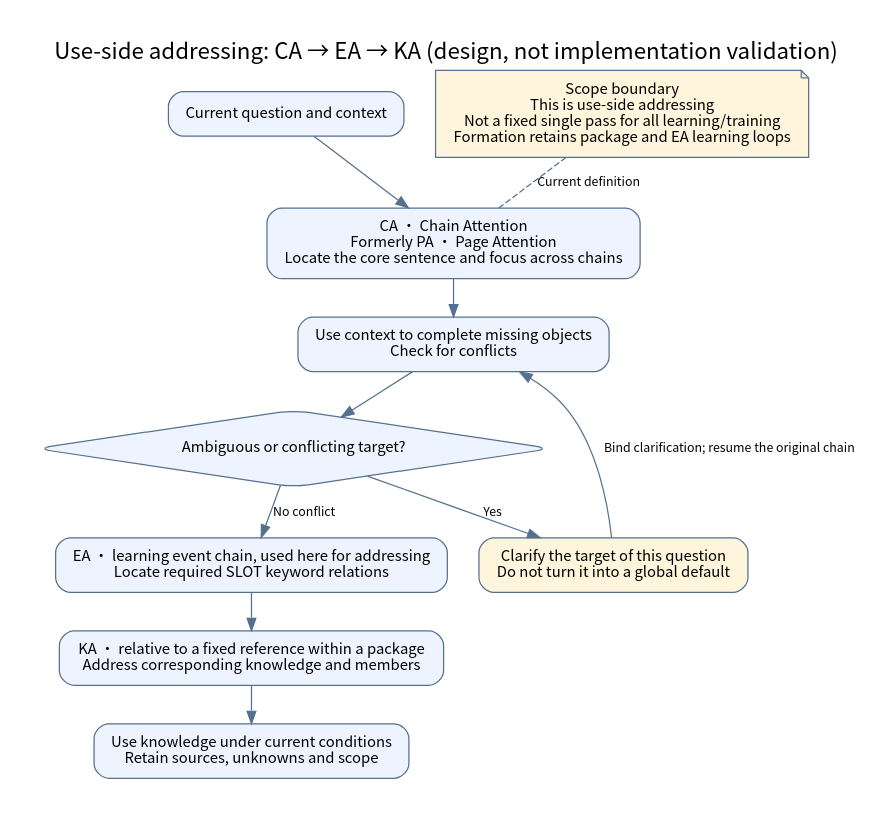
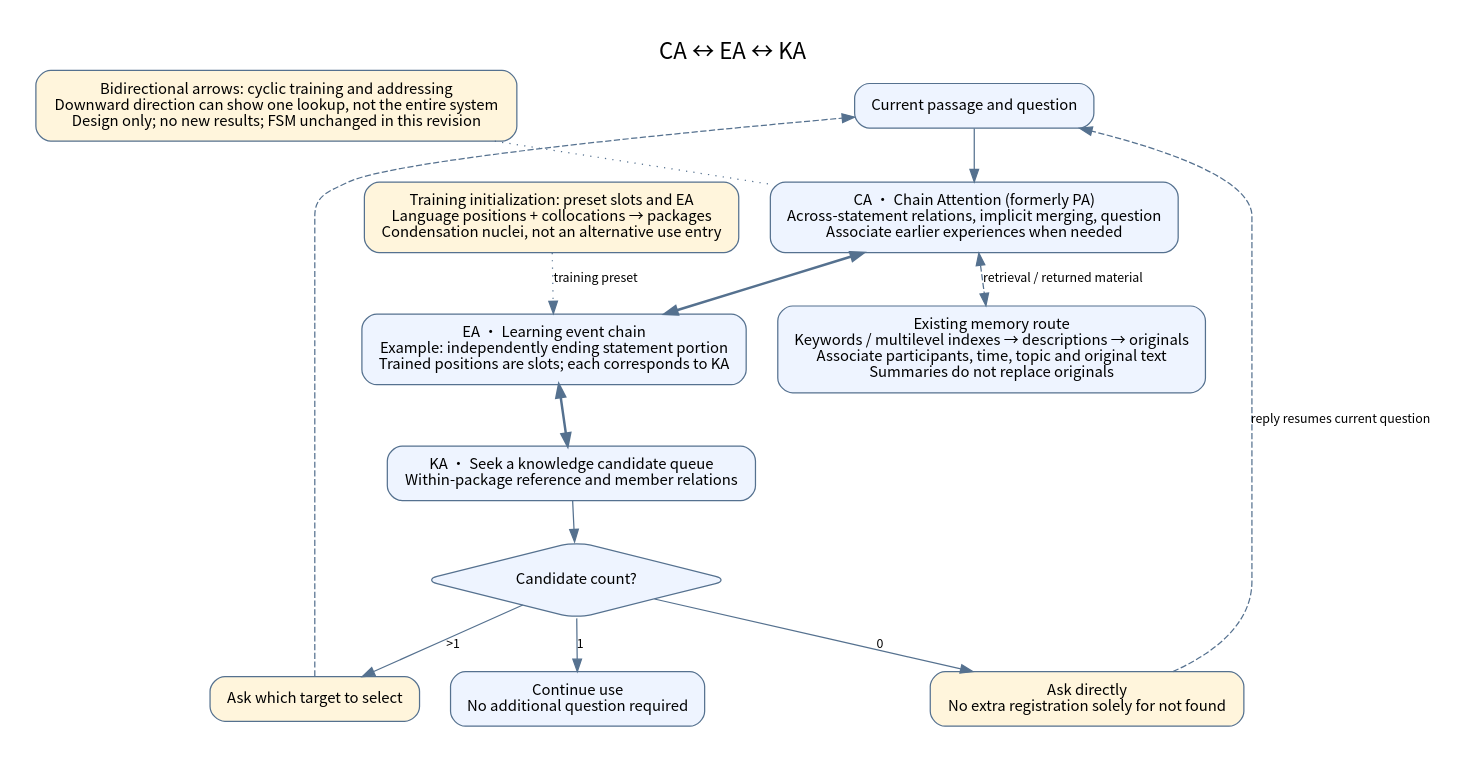
Before and after one commit to zhangyinghao977-beep/ai-memory-agent-framework: the diagram in docs/diagrams/use-addressing.en.dot, drawn with Graphviz. The commit also changed 14 other files, not shown here.

Commit message:
docs: clarify bidirectional CA EA KA and memory retrieval; preserve FSM

```diff
--- a/docs/diagrams/use-addressing.en.dot
+++ b/docs/diagrams/use-addressing.en.dot
@@ -1,23 +1,28 @@
 digraph G {
-graph [rankdir=TB, bgcolor="#ffffff", pad="0.3", nodesep="0.35", ranksep="0.4", fontname="Noto Sans CJK SC", fontsize=18, labelloc=t, label="Use-side addressing: CA → EA → KA (design, not implementation validation)"];
+graph [rankdir=TB, bgcolor="white", pad="0.3", nodesep="0.35", ranksep="0.45", fontname="Noto Sans CJK SC", fontsize=18, labelloc=t, label="CA ↔ EA ↔ KA"];
 node [shape=box, style="rounded,filled", fillcolor="#eef4ff", color="#55718f", fontname="Noto Sans CJK SC", fontsize=12, margin="0.16,0.12"];
 edge [color="#55718f", fontname="Noto Sans CJK SC", fontsize=10];
-input [label="Current question and context"];
-ca [label="CA · Chain Attention\nFormerly PA · Page Attention\nLocate the core sentence and focus across chains"];
-context [label="Use context to complete missing objects\nCheck for conflicts"];
-conflict [label="Ambiguous or conflicting target?",shape=diamond];
-clarify [label="Clarify the target of this question\nDo not turn it into a global default",fillcolor="#fff5dc"];
-ea [label="EA · learning event chain, used here for addressing\nLocate required SLOT keyword relations"];
-ka [label="KA · relative to a fixed reference within a package\nAddress corresponding knowledge and members"];
-output [label="Use knowledge under current conditions\nRetain sources, unknowns and scope"];
-note [label="Scope boundary\nThis is use-side addressing\nNot a fixed single pass for all learning/training\nFormation retains package and EA learning loops",shape=note,fillcolor="#fff5dc"];
+input [label="Current passage and question"];
+seed [label="Training initialization: preset slots and EA\nLanguage positions + collocations → packages\nCondensation nuclei, not an alternative use entry",fillcolor="#fff5dc"];
+ca [label="CA · Chain Attention (formerly PA)\nAcross-statement relations, implicit merging, question\nAssociate earlier experiences when needed"];
+ea [label="EA · Learning event chain\nExample: independently ending statement portion\nTrained positions are slots; each corresponds to KA"];
+ka [label="KA · Seek a knowledge candidate queue\nWithin-package reference and member relations"];
+memory [label="Existing memory route\nKeywords / multilevel indexes → descriptions → originals\nAssociate participants, time, topic and original text\nSummaries do not replace originals"];
+count [label="Candidate count?",shape=diamond];
+none [label="Ask directly\nNo extra registration solely for not found",fillcolor="#fff5dc"];
+many [label="Ask which target to select",fillcolor="#fff5dc"];
+one [label="Continue use\nNo additional question required"];
+note [label="Bidirectional arrows: cyclic training and addressing\nDownward direction can show one lookup, not the entire system\nDesign only; no new results; FSM unchanged in this revision",fillcolor="#fff5dc"];
 input -> ca;
-ca -> context;
-context -> conflict;
-conflict -> clarify [label="Yes"];
-clarify -> context [label="Bind clarification; resume the original chain"];
-conflict -> ea [label="No conflict"];
-ea -> ka;
-ka -> output;
-note -> ca [style=dashed,arrowhead=none,label="Current definition"];
+ca -> ea [dir=both,penwidth=2];
+ea -> ka [dir=both,penwidth=2];
+seed -> ea [style=dotted,label="training preset"];
+ca -> memory [dir=both,style=dashed,label="retrieval / returned material"];
+ka -> count;
+count -> none [label="0"];
+count -> one [label="1"];
+count -> many [label=">1"];
+none -> input [style=dashed,label="reply resumes current question"];
+many -> input [style=dashed];
+note -> ca [style=dotted,arrowhead=none];
 }
```
